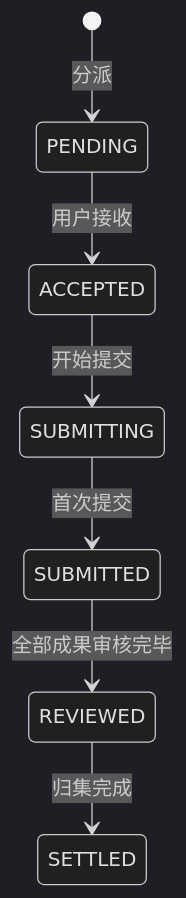
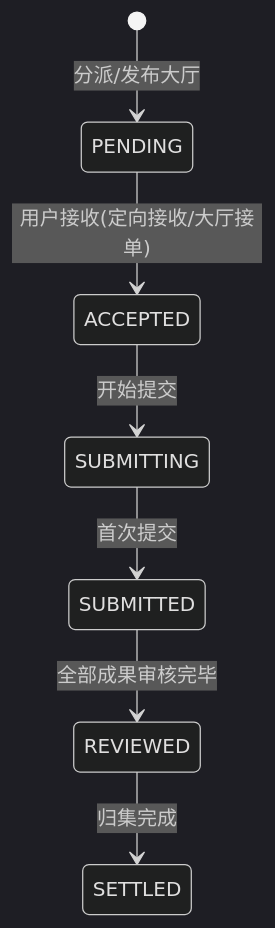
One commit to Echo-Note/FastapiAdmin changed the fifth of 5 diagrams in docs/02-系统设计文档.md. Above: the diagram before and after it, drawn with Mermaid (dark theme). The commit also changed other lines of this file and 33 other files, not shown here.

````diff
--- a/docs/02-系统设计文档.md
+++ b/docs/02-系统设计文档.md
@@ -201,9 +203,9 @@
 ```mermaid
 stateDiagram-v2
-    [*] --> PENDING: 分派
-    PENDING --> ACCEPTED: 用户接收
+    [*] --> PENDING: 分派/发布大厅
+    PENDING --> ACCEPTED: 用户接收(定向接收/大厅接单)
     ACCEPTED --> SUBMITTING: 开始提交
     SUBMITTING --> SUBMITTED: 首次提交
     SUBMITTED --> REVIEWED: 全部成果审核完毕
     REVIEWED --> SETTLED: 归集完成
 ```
````
